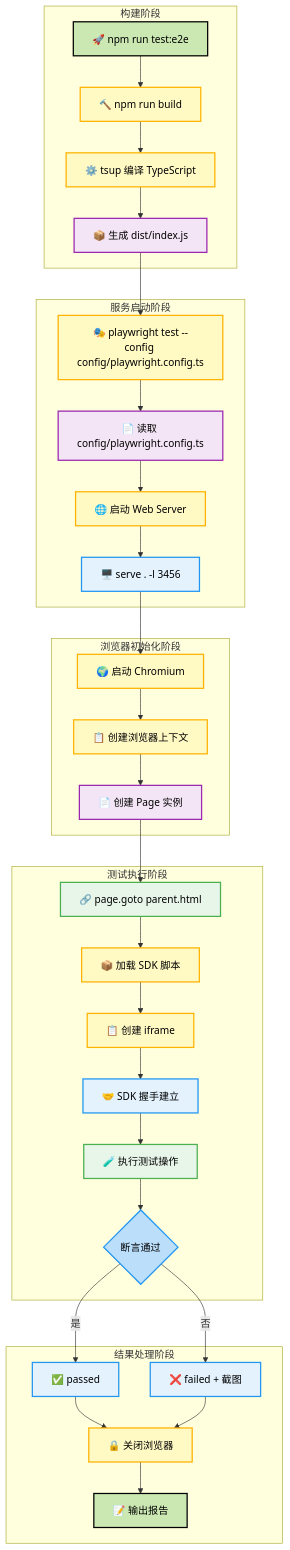
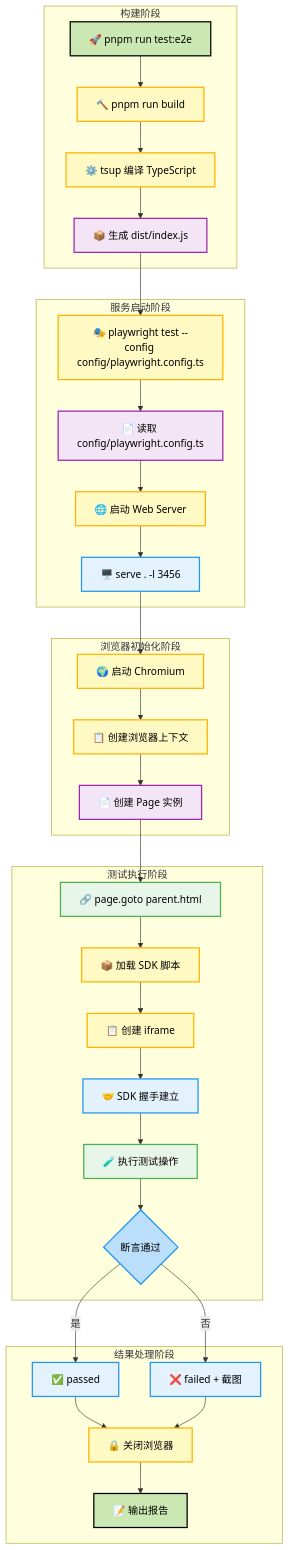
Before and after one commit to yuukiLike/iframe-link: the third of 9 diagrams in docs/TESTING_WORKFLOW.md, drawn with Mermaid. The commit also changed other lines of this file and 12 other files, not shown here.

````diff
--- a/docs/TESTING_WORKFLOW.md
+++ b/docs/TESTING_WORKFLOW.md
@@ -107,56 +107,56 @@
 ```mermaid
 flowchart TD
     subgraph 构建阶段
-        A[🚀 npm run test:e2e]:::startNode
-        B[🔨 npm run build]:::apiCall
+        A[🚀 pnpm run test:e2e]:::startNode
+        B[🔨 pnpm run build]:::apiCall
         C[⚙️ tsup 编译 TypeScript]:::apiCall
         D[📦 生成 dist/index.js]:::dataDisplay
     end
 
     subgraph 服务启动阶段
         E[🎭 playwright test --config config/playwright.config.ts]:::apiCall
         F[📄 读取 config/playwright.config.ts]:::dataDisplay
         G[🌐 启动 Web Server]:::apiCall
         H[🖥️ serve . -l 3456]:::statusDisplay
     end
 
     subgraph 浏览器初始化阶段
         I[🌍 启动 Chromium]:::apiCall
         J[📋 创建浏览器上下文]:::apiCall
         K[📄 创建 Page 实例]:::dataDisplay
     end
 
     subgraph 测试执行阶段
         L[🔗 page.goto parent.html]:::userAction
         M[📦 加载 SDK 脚本]:::apiCall
         N[📋 创建 iframe]:::apiCall
         O[🤝 SDK 握手建立]:::statusDisplay
         P[🧪 执行测试操作]:::userAction
         Q{断言通过}:::condition
     end
 
     subgraph 结果处理阶段
         R[✅ passed]:::statusDisplay
         S[❌ failed + 截图]:::statusDisplay
         T[🔒 关闭浏览器]:::apiCall
         U[📝 输出报告]:::endNode
     end
 
     A --> B --> C --> D
     D --> E --> F --> G --> H
     H --> I --> J --> K
     K --> L --> M --> N --> O --> P --> Q
     Q -->|是| R
     Q -->|否| S
     R --> T
     S --> T
     T --> U
 
     classDef startNode fill:#CBE8B2,stroke:#000,stroke-width:2px,color:#000
     classDef endNode fill:#CBE8B2,stroke:#000,stroke-width:2px,color:#000
     classDef apiCall fill:#FFF9C4,stroke:#FFB300,stroke-width:2px,color:#000
     classDef dataDisplay fill:#F3E5F5,stroke:#9C27B0,stroke-width:2px,color:#000
     classDef userAction fill:#E8F5E9,stroke:#4CAF50,stroke-width:2px,color:#000
     classDef statusDisplay fill:#E3F2FD,stroke:#2196F3,stroke-width:2px,color:#000
     classDef condition fill:#BBDEFB,stroke:#2196F3,stroke-width:2px,color:#000
 ```
````
